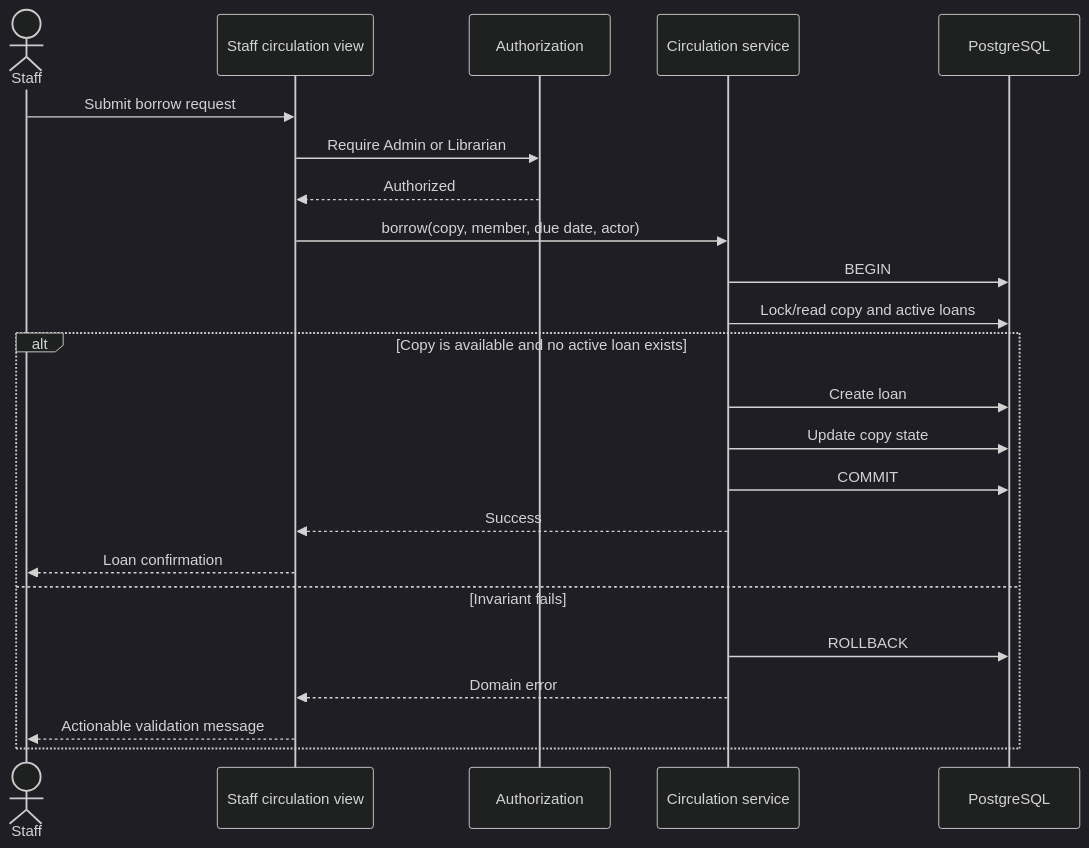
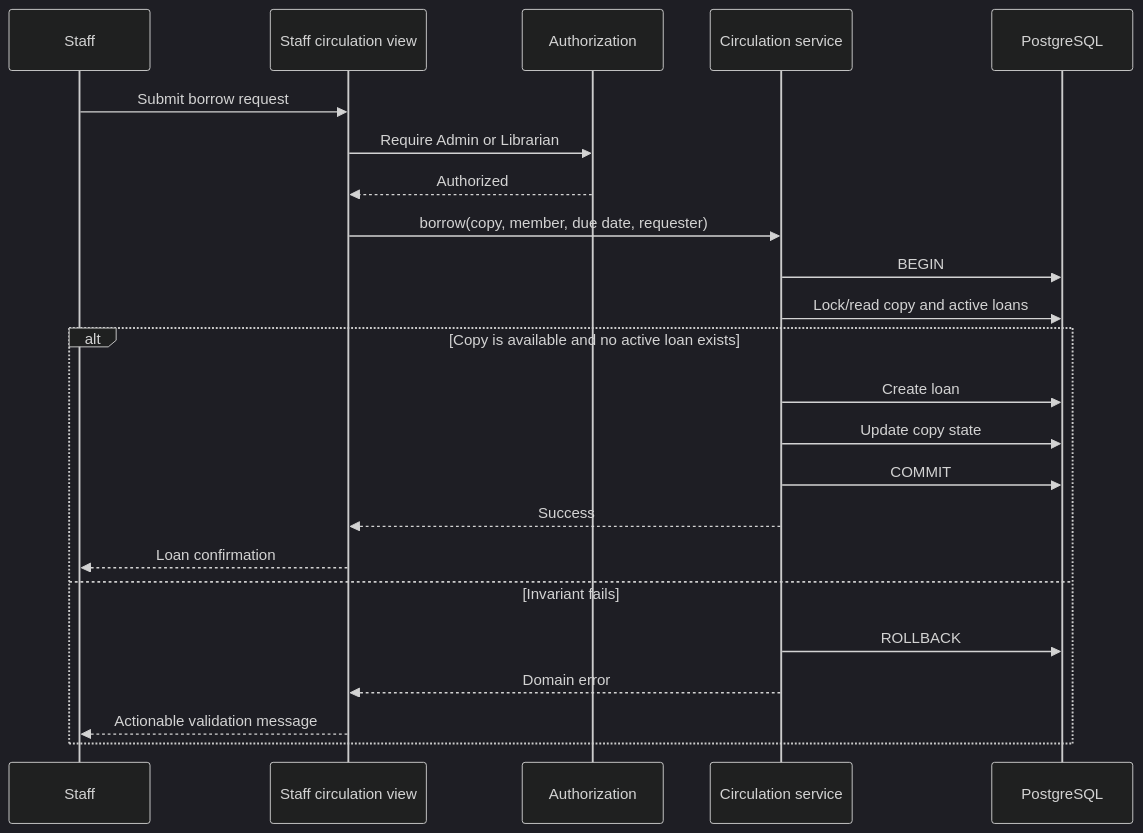
One commit to geehexx/library-ops changed the sixth of 14 diagrams in docs/ARCHITECTURE.md. Above: the diagram before and after it, drawn with Mermaid (dark theme). The commit also changed other lines of this file and 3 other files, not shown here.

````diff
--- a/docs/ARCHITECTURE.md
+++ b/docs/ARCHITECTURE.md
@@ -484,26 +484,26 @@
 ```mermaid
 sequenceDiagram
-    actor Staff
+    participant Staff
     participant View as Staff circulation view
     participant Auth as Authorization
     participant Service as Circulation service
     participant DB as PostgreSQL
 
     Staff->>View: Submit borrow request
     View->>Auth: Require Admin or Librarian
     Auth-->>View: Authorized
-    View->>Service: borrow(copy, member, due date, actor)
+    View->>Service: borrow(copy, member, due date, requester)
     Service->>DB: BEGIN
     Service->>DB: Lock/read copy and active loans
     alt Copy is available and no active loan exists
         Service->>DB: Create loan
         Service->>DB: Update copy state
         Service->>DB: COMMIT
         Service-->>View: Success
         View-->>Staff: Loan confirmation
     else Invariant fails
         Service->>DB: ROLLBACK
         Service-->>View: Domain error
         View-->>Staff: Actionable validation message
     end
 ```
````
